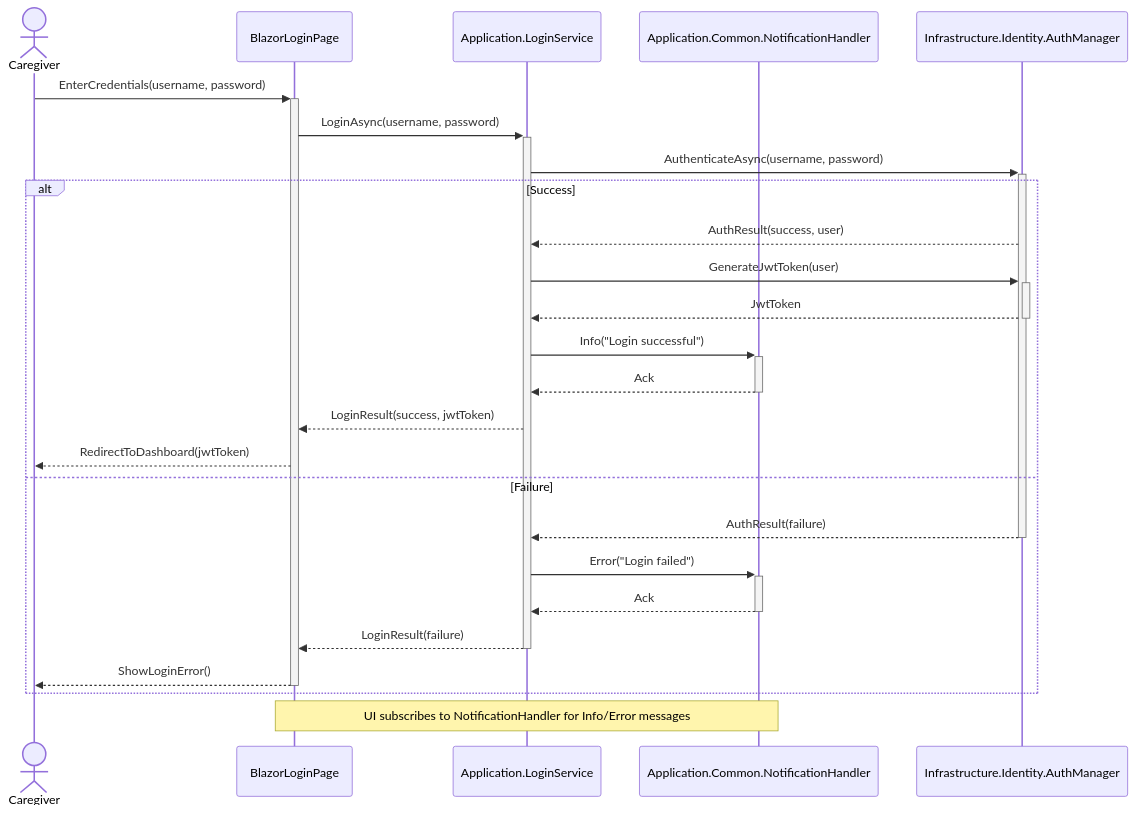
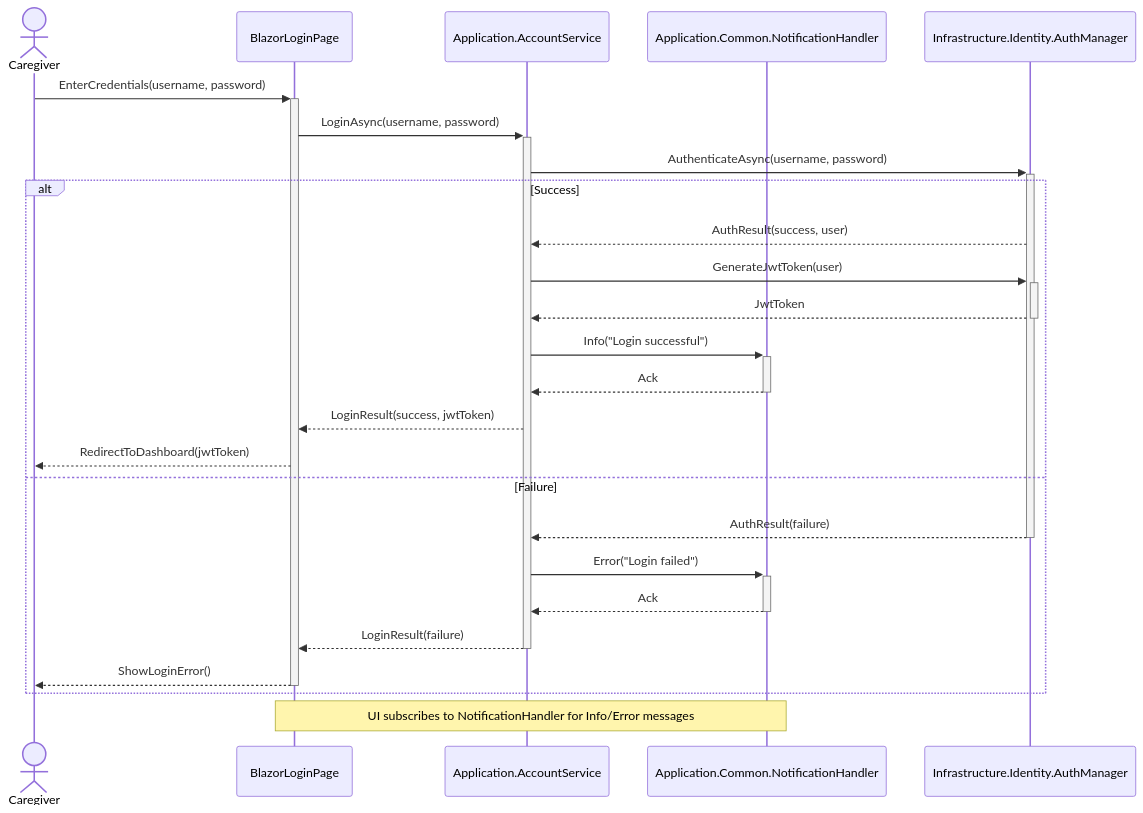
The first of 3 diagrams in docs/use-cases/uc-004-login/uc-004.sd.md (Tirsvad/DMOoF25-Team6.Slottets-Drifttavlen), drawn with Mermaid before and after one commit. The commit also changed 29 other files, not shown here.

````diff
--- a/docs/use-cases/uc-004-login/uc-004.sd.md
+++ b/docs/use-cases/uc-004-login/uc-004.sd.md
@@ -18,28 +18,28 @@
 ```mermaid
 sequenceDiagram
     actor Caregiver as Caregiver
     participant LoginPage as BlazorLoginPage
-    participant LoginService as Application.LoginService
+    participant AccountService as Application.AccountService
     participant NotificationHandler as Application.Common.NotificationHandler
     participant AuthManager as Infrastructure.Identity.AuthManager
 
     Caregiver->>+LoginPage: EnterCredentials(username, password)
-    LoginPage->>+LoginService: LoginAsync(username, password)
-    LoginService->>+AuthManager: AuthenticateAsync(username, password)
+    LoginPage->>+AccountService: LoginAsync(username, password)
+    AccountService->>+AuthManager: AuthenticateAsync(username, password)
     alt Success
-        AuthManager-->>LoginService: AuthResult(success, user)
-        LoginService->>+AuthManager: GenerateJwtToken(user)
-        AuthManager-->>-LoginService: JwtToken
-        LoginService->>+NotificationHandler: Info("Login successful")
-        NotificationHandler-->>-LoginService: Ack
-        LoginService-->>LoginPage: LoginResult(success, jwtToken)
+        AuthManager-->>AccountService: AuthResult(success, user)
+        AccountService->>+AuthManager: GenerateJwtToken(user)
+        AuthManager-->>-AccountService: JwtToken
+        AccountService->>+NotificationHandler: Info("Login successful")
+        NotificationHandler-->>-AccountService: Ack
+        AccountService-->>LoginPage: LoginResult(success, jwtToken)
         LoginPage-->>Caregiver: RedirectToDashboard(jwtToken)
     else Failure
-        AuthManager-->>-LoginService: AuthResult(failure)
-        LoginService->>+NotificationHandler: Error("Login failed")
-        NotificationHandler-->>-LoginService: Ack
-        LoginService-->>-LoginPage: LoginResult(failure)
+        AuthManager-->>-AccountService: AuthResult(failure)
+        AccountService->>+NotificationHandler: Error("Login failed")
+        NotificationHandler-->>-AccountService: Ack
+        AccountService-->>-LoginPage: LoginResult(failure)
         LoginPage-->>-Caregiver: ShowLoginError()
     end
     Note over NotificationHandler,LoginPage: UI subscribes to NotificationHandler for Info/Error messages
 ```
````
